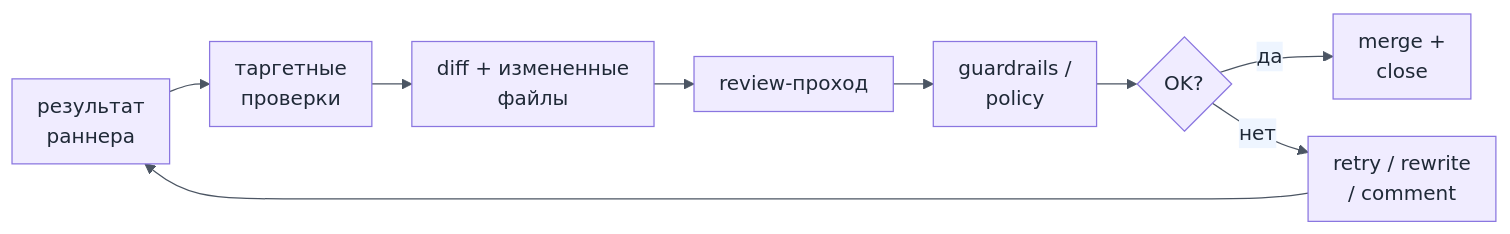
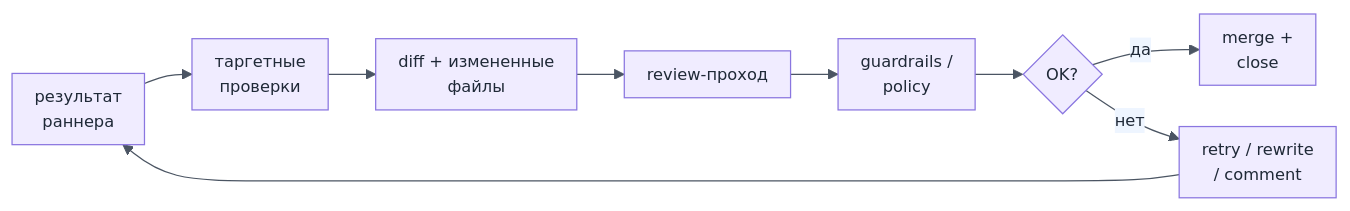
One commit to egv/yolo-runner changed the fourth of 7 diagrams in slides.md. Above: the diagram before and after it, drawn with Mermaid. The commit also changed other lines of this file and 1 other file, not shown here.

````diff
--- a/slides.md
+++ b/slides.md
@@ -464,12 +544,12 @@
 ```mermaid
-%%{init: {'theme': 'base', 'themeVariables': { 'fontFamily': 'Inter, ui-sans-serif, system-ui', 'fontSize': '16px', 'primaryColor': '#f0ecff', 'primaryTextColor': '#1f2937', 'primaryBorderColor': '#8a76e0', 'lineColor': '#4b5563', 'secondaryColor': '#eef5ff', 'tertiaryColor': '#eefaf2' }, 'flowchart': { 'htmlLabels': true, 'curve': 'basis', 'nodeSpacing': 24, 'rankSpacing': 32, 'padding': 10 } } }%%
+%%{init: {'theme': 'base', 'themeVariables': { 'fontFamily': 'Inter, ui-sans-serif, system-ui', 'fontSize': '13px', 'primaryColor': '#f0ecff', 'primaryTextColor': '#1f2937', 'primaryBorderColor': '#8a76e0', 'lineColor': '#4b5563', 'secondaryColor': '#eef5ff', 'tertiaryColor': '#eefaf2' }, 'flowchart': { 'htmlLabels': true, 'curve': 'basis', 'nodeSpacing': 28, 'rankSpacing': 38, 'padding': 9 } } }%%
 flowchart LR
   Result["результат<br/>раннера"] --> Tests["таргетные<br/>проверки"]
   Tests --> Diff["diff + измененные<br/>файлы"]
   Diff --> Review["review-проход"]
   Review --> Policy["guardrails /<br/>policy"]
   Policy --> Ok{"OK?"}
   Ok -->|да| Merge["merge +<br/>close"]
   Ok -->|нет| Retry["retry / rewrite<br/>/ comment"]
   Retry --> Result
 ```
````
